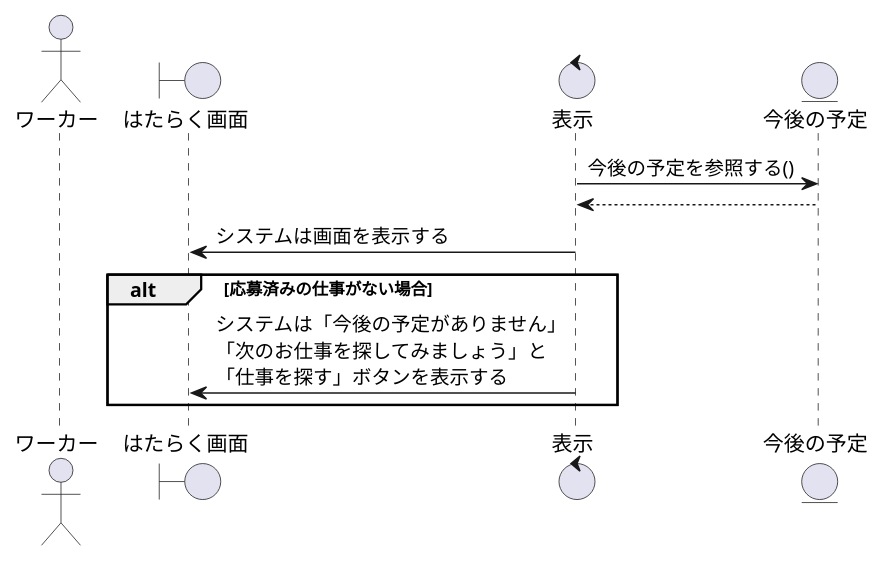
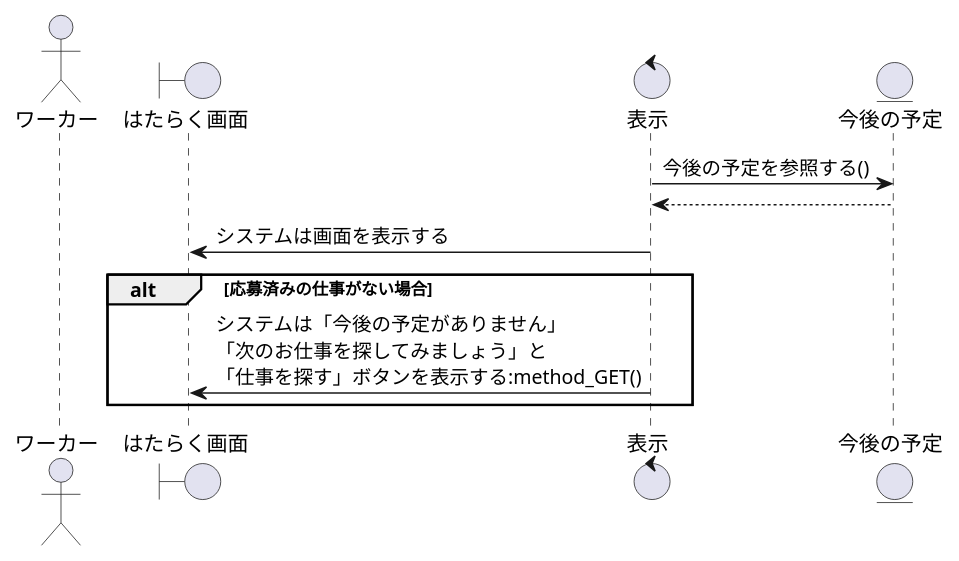
Before and after one commit to irukacb256/high_Me: the diagram in sequence_fig/5_work_fn/1_今後の予定を閲覧する.pu, drawn with PlantUML. The commit also changed 21 other files, not shown here.

```diff
--- a/sequence_fig/5_work_fn/1_今後の予定を閲覧する.pu
+++ b/sequence_fig/5_work_fn/1_今後の予定を閲覧する.pu
@@ -1,20 +1,20 @@
 @startuml 今後の予定を閲覧する
 ' 1
 actor ワーカー as wo1
 boundary はたらく画面 as wk1
 control 表示 as co1
 
 entity 今後の予定 as sh1
 
 ' 2
 co1 -> sh1 : 今後の予定を参照する()
 co1 <-- sh1
 co1 -> wk1 :システムは画面を表示する
 
 alt 応募済みの仕事がない場合
-    co1 -> wk1 : システムは「今後の予定がありません」\n「次のお仕事を探してみましょう」と\n「仕事を探す」ボタンを表示する
+    co1 -> wk1 : システムは「今後の予定がありません」\n「次のお仕事を探してみましょう」と\n「仕事を探す」ボタンを表示する:method_GET()
 
 
 end
 
 @enduml
```
